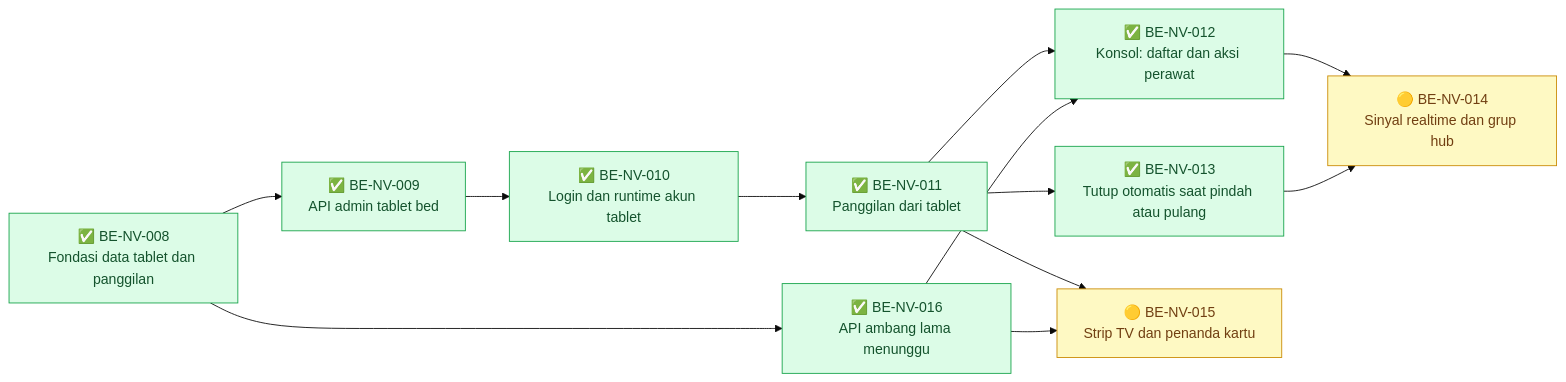
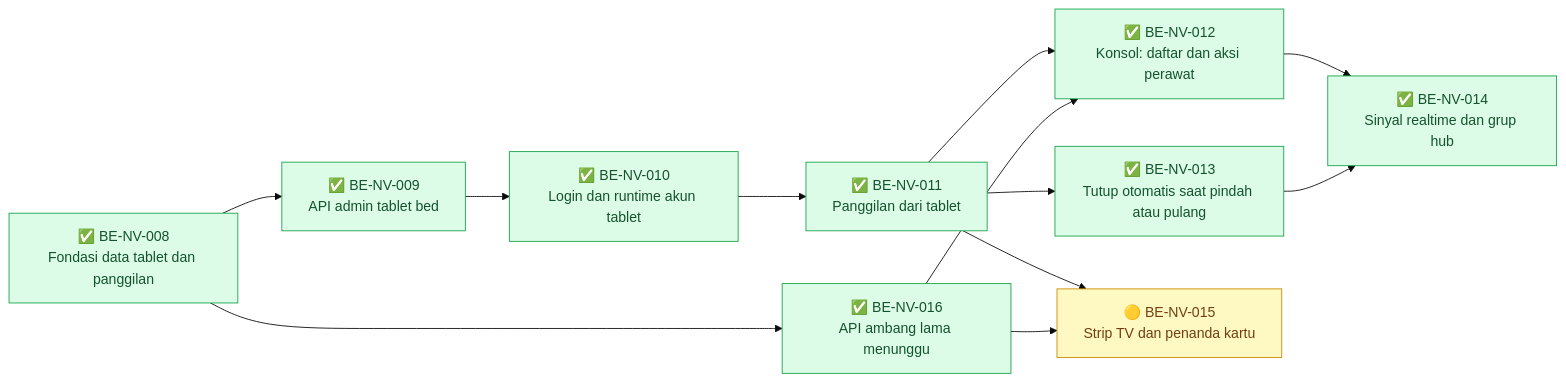
The second of 2 diagrams in docs/module-blueprints/nurse-view/roadmap/backend-roadmap.md (DevBenari/NewQuilvianSystemBackend), drawn with Mermaid (base theme) before and after one commit. The commit also changed other lines of this file and 11 other files, not shown here.

````diff
--- a/docs/module-blueprints/nurse-view/roadmap/backend-roadmap.md
+++ b/docs/module-blueprints/nurse-view/roadmap/backend-roadmap.md
@@ -204,29 +204,29 @@
 ```mermaid
 flowchart LR
     classDef selesai fill:#DCFCE7,stroke:#16A34A,color:#14532D
     classDef sebagian fill:#FEF9C3,stroke:#CA8A04,color:#713F12
     classDef terblokir fill:#FEE2E2,stroke:#DC2626,color:#7F1D1D
     classDef belum fill:#F1F5F9,stroke:#64748B,color:#0F172A
 
     BENV008["✅ BE-NV-008<br/>Fondasi data tablet dan panggilan"]:::selesai
     BENV009["✅ BE-NV-009<br/>API admin tablet bed"]:::selesai
     BENV010["✅ BE-NV-010<br/>Login dan runtime akun tablet"]:::selesai
     BENV011["✅ BE-NV-011<br/>Panggilan dari tablet"]:::selesai
     BENV012["✅ BE-NV-012<br/>Konsol: daftar dan aksi perawat"]:::selesai
     BENV013["✅ BE-NV-013<br/>Tutup otomatis saat pindah atau pulang"]:::selesai
-    BENV014["🟡 BE-NV-014<br/>Sinyal realtime dan grup hub"]:::sebagian
+    BENV014["✅ BE-NV-014<br/>Sinyal realtime dan grup hub"]:::selesai
     BENV015["🟡 BE-NV-015<br/>Strip TV dan penanda kartu"]:::sebagian
     BENV016["✅ BE-NV-016<br/>API ambang lama menunggu"]:::selesai
 
     BENV008 --> BENV009
     BENV009 --> BENV010
     BENV010 --> BENV011
     BENV011 --> BENV012
     BENV011 --> BENV013
     BENV011 --> BENV015
     BENV008 --> BENV016
     BENV016 --> BENV012
     BENV016 --> BENV015
     BENV012 --> BENV014
     BENV013 --> BENV014
 ```
````
